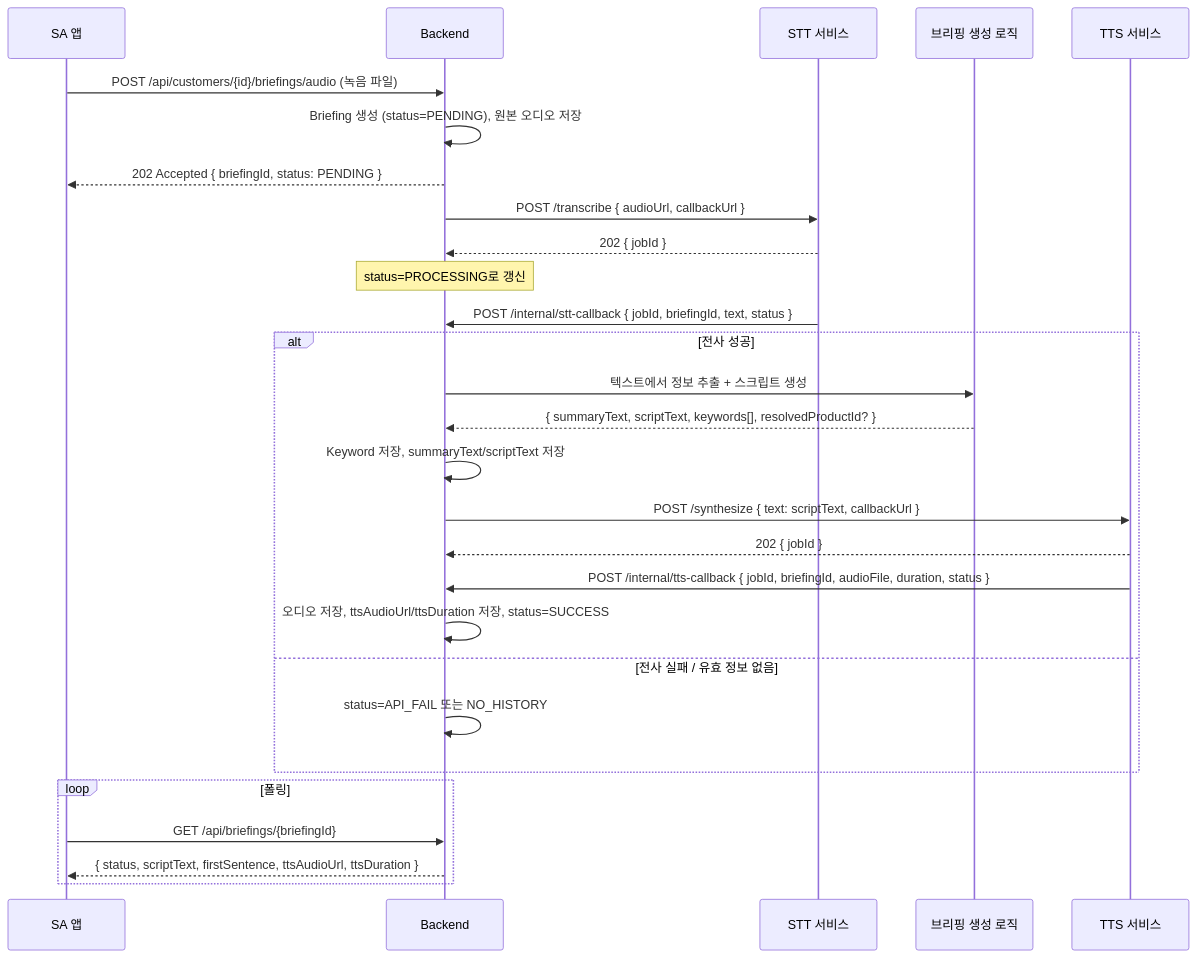
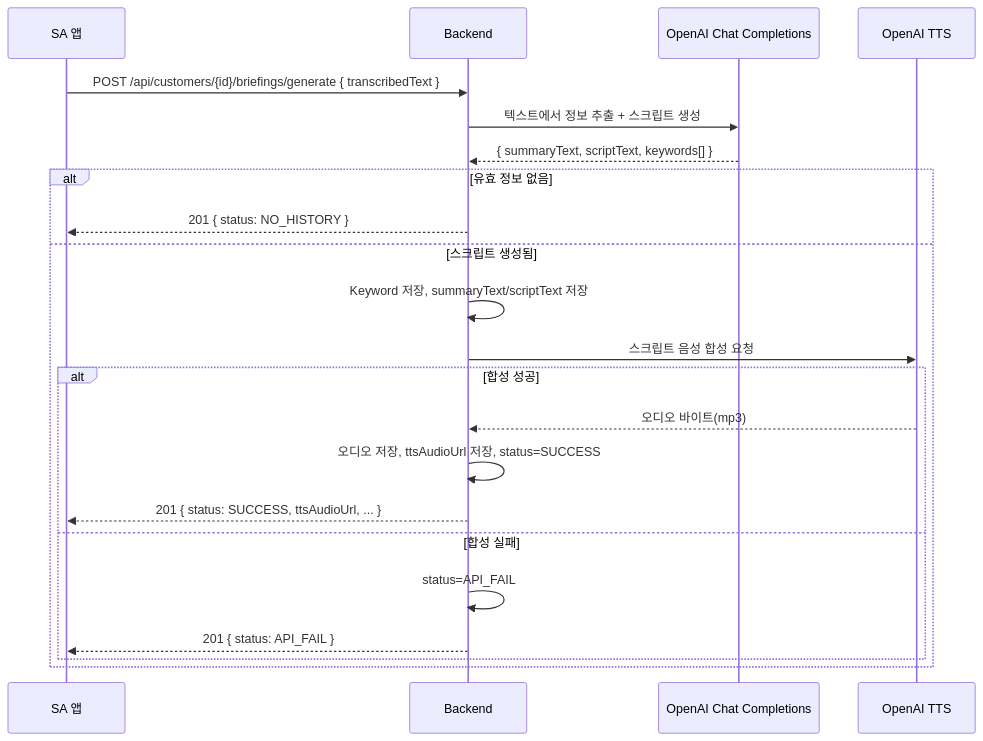
Before and after one commit to SupHERnova/Backend: the second of 2 diagrams in docs/STT-TTS-INTEGRATION.md, drawn with Mermaid. The commit also changed other lines of this file and 31 other files, not shown here.

````diff
--- a/docs/STT-TTS-INTEGRATION.md
+++ b/docs/STT-TTS-INTEGRATION.md
@@ -44,34 +40,25 @@
 ```mermaid
 sequenceDiagram
     participant App as SA 앱
     participant BE as Backend
-    participant STT as STT 서비스
-    participant AI as 브리핑 생성 로직
-    participant TTS as TTS 서비스
+    participant AI as OpenAI Chat Completions
+    participant TTS as OpenAI TTS
 
-    App->>BE: POST /api/customers/{id}/briefings/audio (녹음 파일)
-    BE->>BE: Briefing 생성 (status=PENDING), 원본 오디오 저장
-    BE-->>App: 202 Accepted { briefingId, status: PENDING }
-
-    BE->>STT: POST /transcribe { audioUrl, callbackUrl }
-    STT-->>BE: 202 { jobId }
-    Note over BE: status=PROCESSING로 갱신
-
-    STT->>BE: POST /internal/stt-callback { jobId, briefingId, text, status }
-    alt 전사 성공
-        BE->>AI: 텍스트에서 정보 추출 + 스크립트 생성
-        AI-->>BE: { summaryText, scriptText, keywords[], resolvedProductId? }
+    App->>BE: POST /api/customers/{id}/briefings/generate { transcribedText }
+    BE->>AI: 텍스트에서 정보 추출 + 스크립트 생성
+    AI-->>BE: { summaryText, scriptText, keywords[] }
+    alt 유효 정보 없음
+        BE-->>App: 201 { status: NO_HISTORY }
+    else 스크립트 생성됨
         BE->>BE: Keyword 저장, summaryText/scriptText 저장
-        BE->>TTS: POST /synthesize { text: scriptText, callbackUrl }
-        TTS-->>BE: 202 { jobId }
-        TTS->>BE: POST /internal/tts-callback { jobId, briefingId, audioFile, duration, status }
-        BE->>BE: 오디오 저장, ttsAudioUrl/ttsDuration 저장, status=SUCCESS
-    else 전사 실패 / 유효 정보 없음
-        BE->>BE: status=API_FAIL 또는 NO_HISTORY
-    end
-
-    loop 폴링
-        App->>BE: GET /api/briefings/{briefingId}
-        BE-->>App: { status, scriptText, firstSentence, ttsAudioUrl, ttsDuration }
+        BE->>TTS: 스크립트 음성 합성 요청
+        alt 합성 성공
+            TTS-->>BE: 오디오 바이트(mp3)
+            BE->>BE: 오디오 저장, ttsAudioUrl 저장, status=SUCCESS
+            BE-->>App: 201 { status: SUCCESS, ttsAudioUrl, ... }
+        else 합성 실패
+            BE->>BE: status=API_FAIL
+            BE-->>App: 201 { status: API_FAIL }
+        end
     end
 ```
````
